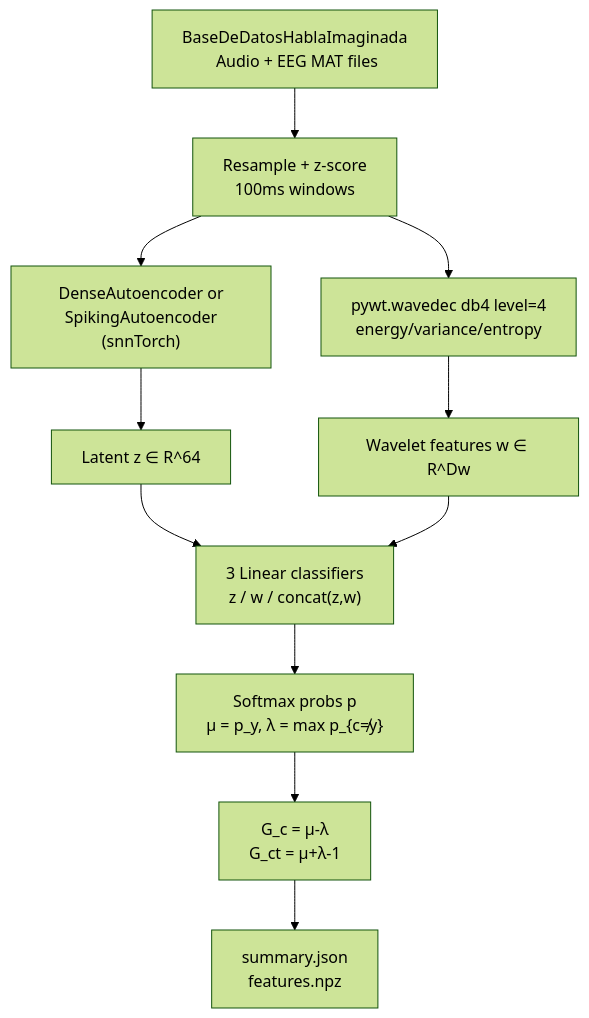
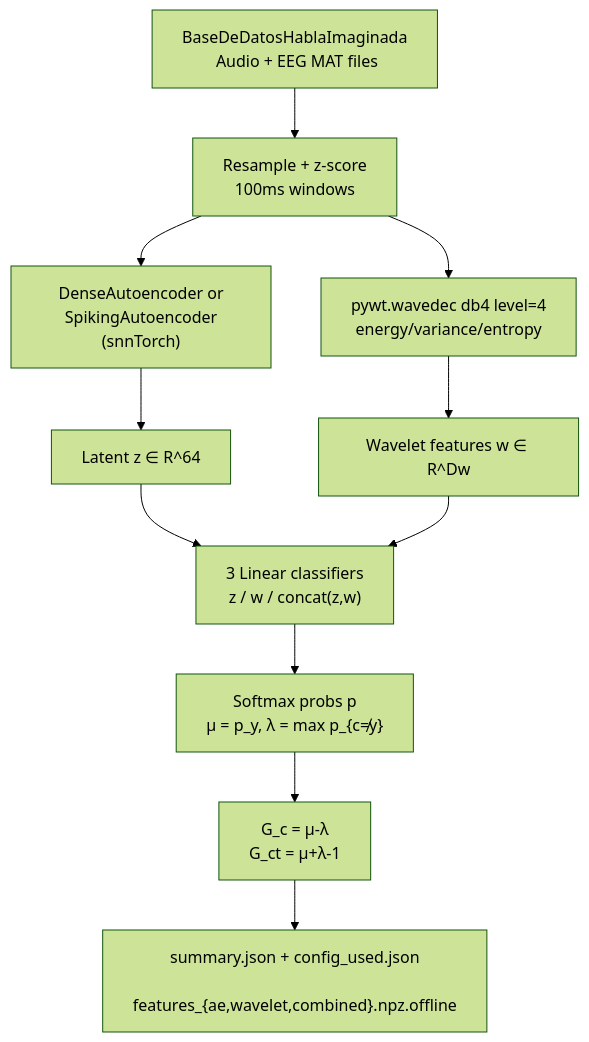
One commit to ensismoebius/doutorado changed the diagram in software/nn/.wiki/Demos/multimodal-eeg-audio.md. Above: the diagram before and after it, drawn with Mermaid (forest theme). The commit also changed other lines of this file and 34 other files, not shown here.

````diff
--- a/software/nn/.wiki/Demos/multimodal-eeg-audio.md
+++ b/software/nn/.wiki/Demos/multimodal-eeg-audio.md
@@ -42,13 +48,13 @@
 ```mermaid
 flowchart TD
     A["BaseDeDatosHablaImaginada\n Audio + EEG MAT files"] --> B["Resample + z-score\n 100ms windows"]
     B --> C["DenseAutoencoder or\n SpikingAutoencoder (snnTorch)"]
     C --> D["Latent z ∈ R^64"]
     B --> E["pywt.wavedec db4 level=4\n energy/variance/entropy"]
     E --> F["Wavelet features w ∈ R^Dw"]
     D --> G["3 Linear classifiers\n z / w / concat(z,w)"]
     F --> G
     G --> H["Softmax probs p\n μ = p_y, λ = max p_{c≠y}"]
     H --> I["G_c = μ-λ\n G_ct = μ+λ-1"]
-    I --> J["summary.json\n features.npz"]
+    I --> J["summary.json + config_used.json\n features_{ae,wavelet,combined}.npz.offline"]
 ```
````
